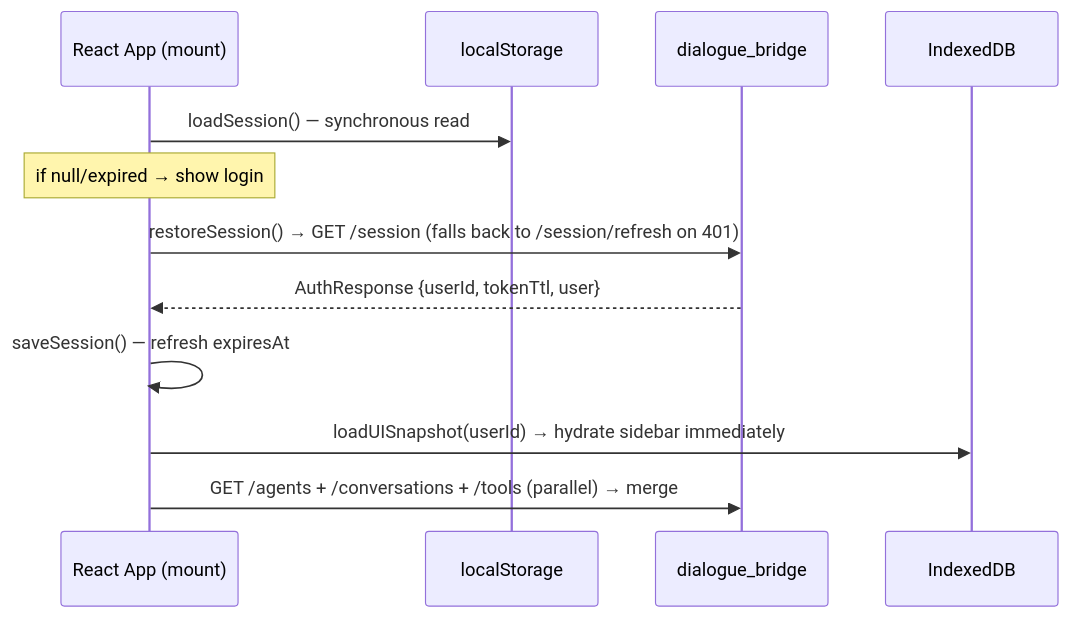
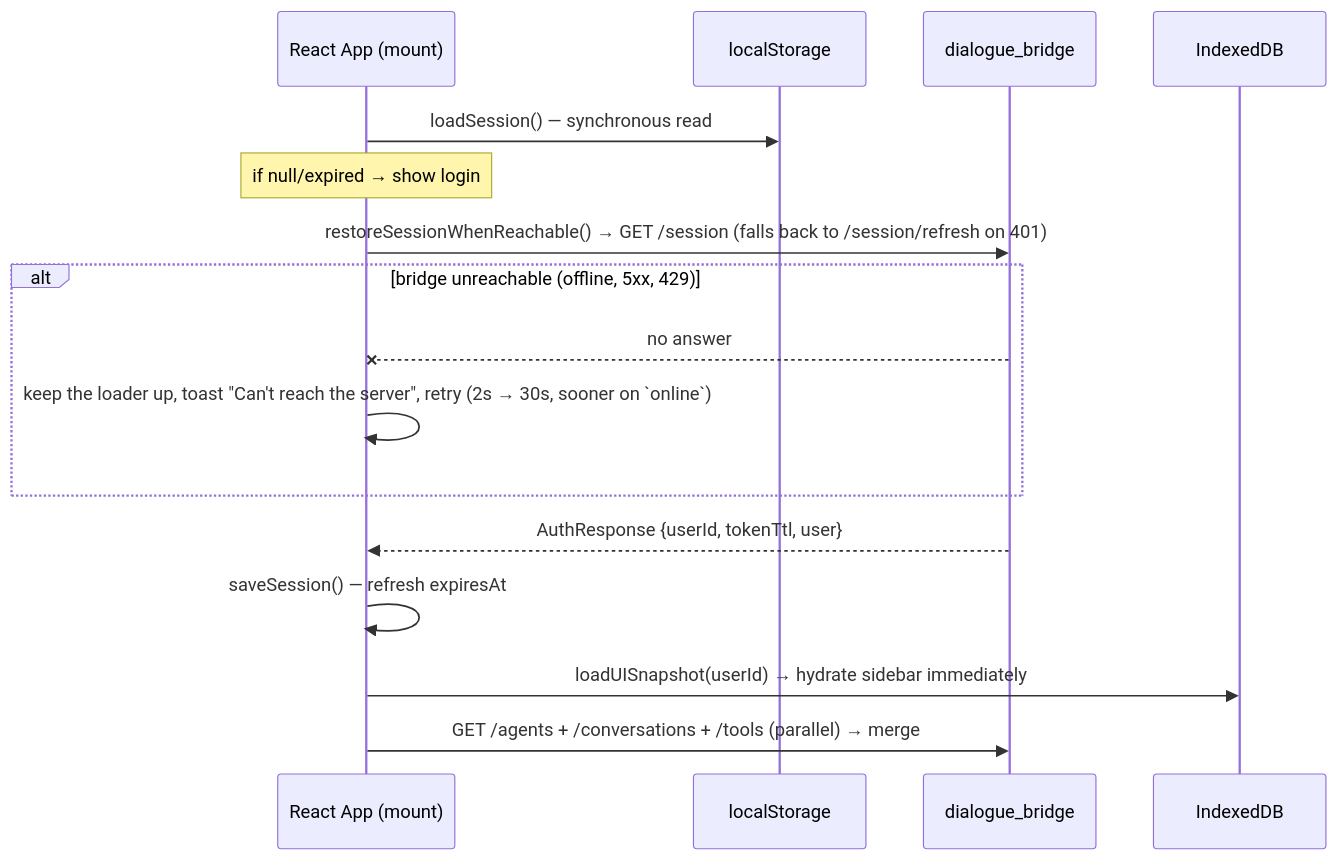
Before and after one commit to konstantinosmpouros/mAgenticX: the ninth of 13 diagrams in docs/flows/authentication-and-session.md, drawn with Mermaid. The commit also changed other lines of this file and 10 other files, not shown here.

Commit message:
fix(agentic_ui): keep the session signed in when the refresh can't reach the server, and log out only when the bridge refuses it

````diff
--- a/docs/flows/authentication-and-session.md
+++ b/docs/flows/authentication-and-session.md
@@ -320,15 +320,19 @@
 ```mermaid
 sequenceDiagram
     participant App as React App (mount)
     participant LS as localStorage
     participant API as dialogue_bridge
     participant IDB as IndexedDB
 
     App->>LS: loadSession() — synchronous read
     note over App: if null/expired → show login
-    App->>API: restoreSession() → GET /session (falls back to /session/refresh on 401)
+    App->>API: restoreSessionWhenReachable() → GET /session (falls back to /session/refresh on 401)
+    alt bridge unreachable (offline, 5xx, 429)
+        API--xApp: no answer
+        App->>App: keep the loader up, toast "Can't reach the server", retry (2s → 30s, sooner on `online`)
+    end
     API-->>App: AuthResponse {userId, tokenTtl, user}
     App->>App: saveSession() — refresh expiresAt
     App->>IDB: loadUISnapshot(userId) → hydrate sidebar immediately
     App->>API: GET /agents + /conversations + /tools (parallel) → merge
 ```
````
